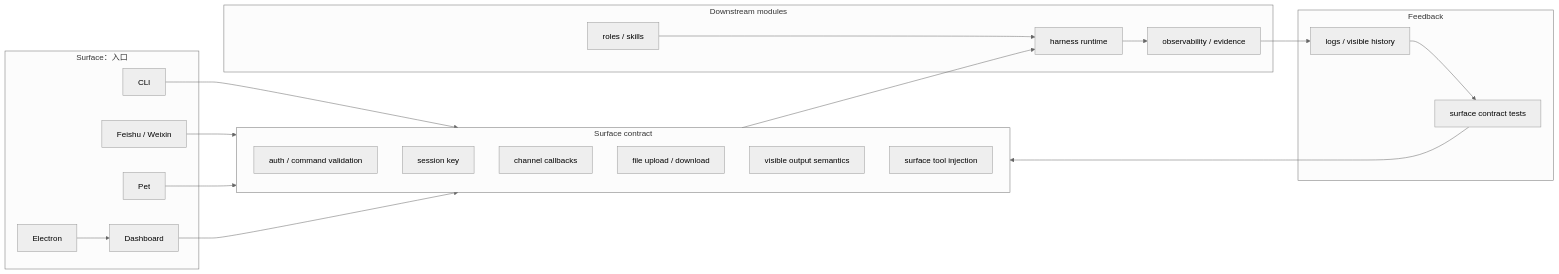
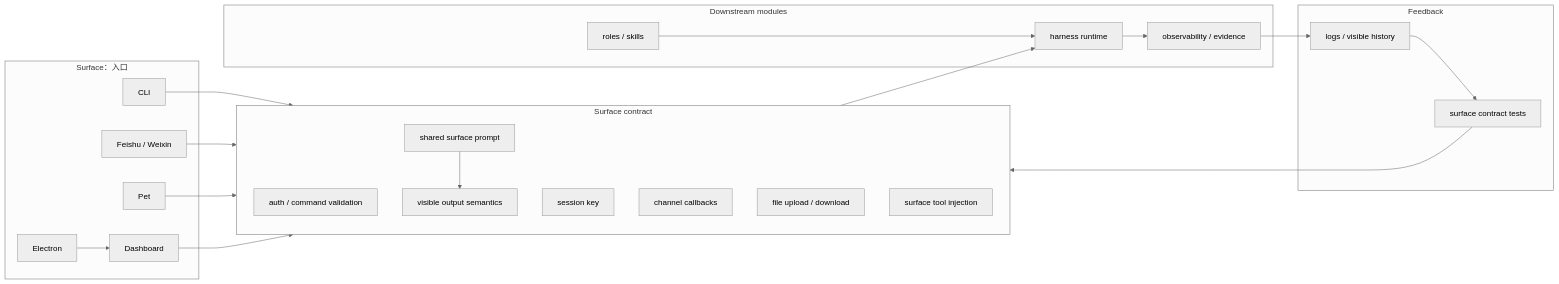
The second of 2 diagrams in docs/surface/SPEC.md (fightheyyy/XiaoBa-CLI), drawn with Mermaid (neutral theme) before and after one commit. The commit also changed other lines of this file and 271 other files, not shown here.

````diff
--- a/docs/surface/SPEC.md
+++ b/docs/surface/SPEC.md
@@ -110,42 +112,44 @@
 ```mermaid
 flowchart LR
     subgraph Surfaces["Surface：入口"]
         CLI["CLI"]
         IM["Feishu / Weixin"]
         Pet["Pet"]
         Dashboard["Dashboard"]
         Desktop["Electron"]
     end
 
     subgraph Contract["Surface contract"]
         Auth["auth / command validation"]
         SessionKey["session key"]
         Callbacks["channel callbacks"]
         FileIO["file upload / download"]
+        Prompt["shared surface prompt"]
         VisibleOutput["visible output semantics"]
         SurfaceTools["surface tool injection"]
     end
 
     subgraph Runtime["Downstream modules"]
         Harness["harness runtime"]
         Policy["roles / skills"]
         Evidence["observability / evidence"]
     end
 
     subgraph Feedback["Feedback"]
         Logs["logs / visible history"]
         Tests["surface contract tests"]
     end
 
     CLI --> Contract
     IM --> Contract
     Pet --> Contract
     Dashboard --> Contract
     Desktop --> Dashboard
+    Prompt --> VisibleOutput
     Contract --> Harness
     Policy --> Harness
     Harness --> Evidence
     Evidence --> Logs
     Logs --> Tests
     Tests --> Contract
 ```
````
